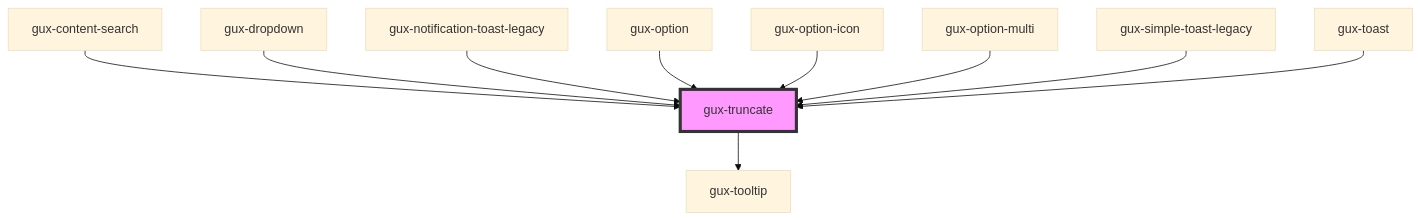
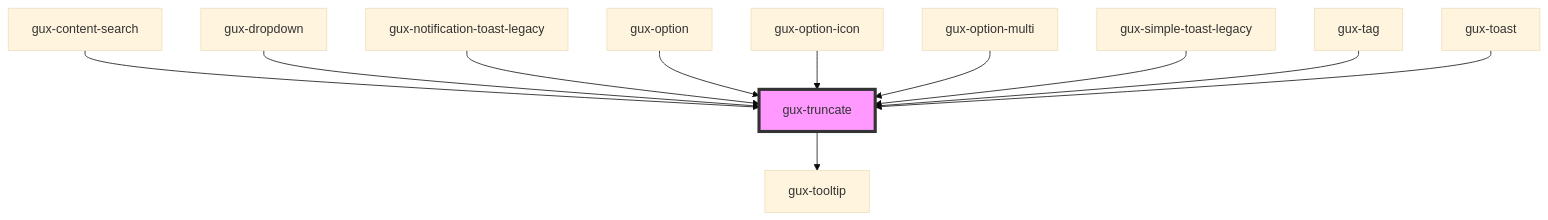
One commit to MyPureCloud/genesys-spark changed the diagram in packages/genesys-spark-components/src/components/stable/gux-truncate/readme.md. Above: the diagram before and after it, drawn with Mermaid (base theme). The commit also changed other lines of this file and 4 other files, not shown here.

Commit message:
fix(tag): replacing gux-tooltip-title with gux-truncate

````diff
--- a/packages/genesys-spark-components/src/components/stable/gux-truncate/readme.md
+++ b/packages/genesys-spark-components/src/components/stable/gux-truncate/readme.md
@@ -63,13 +64,14 @@
 ```mermaid
 graph TD;
   gux-truncate --> gux-tooltip
   gux-content-search --> gux-truncate
   gux-dropdown --> gux-truncate
   gux-notification-toast-legacy --> gux-truncate
   gux-option --> gux-truncate
   gux-option-icon --> gux-truncate
   gux-option-multi --> gux-truncate
   gux-simple-toast-legacy --> gux-truncate
+  gux-tag --> gux-truncate
   gux-toast --> gux-truncate
   style gux-truncate fill:#f9f,stroke:#333,stroke-width:4px
 ```
````
